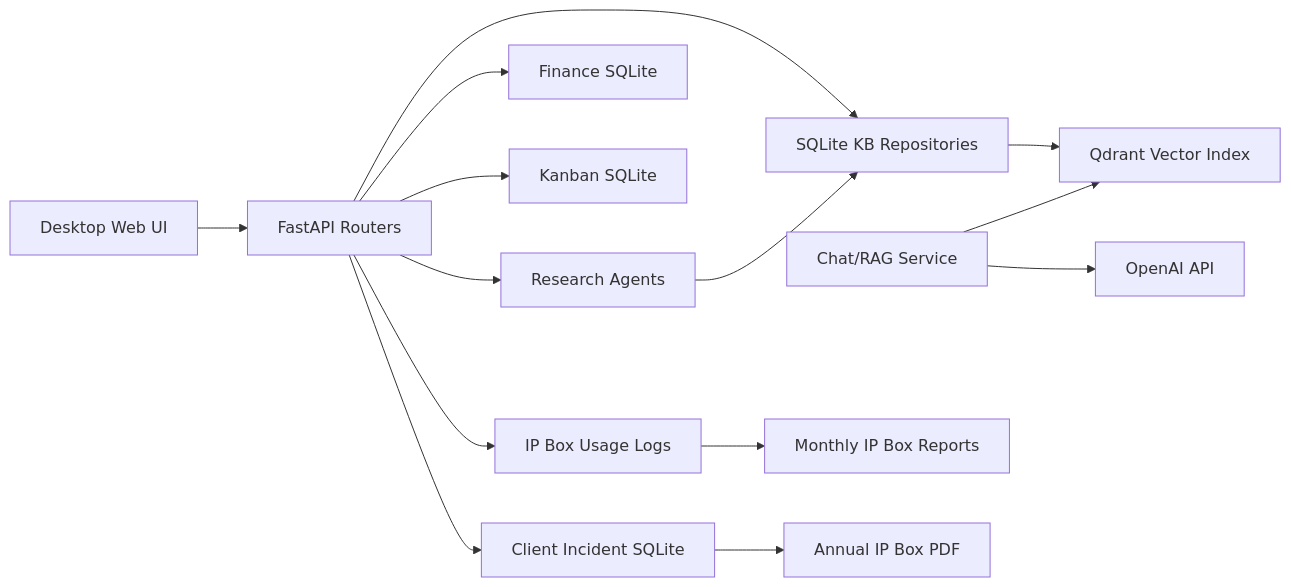
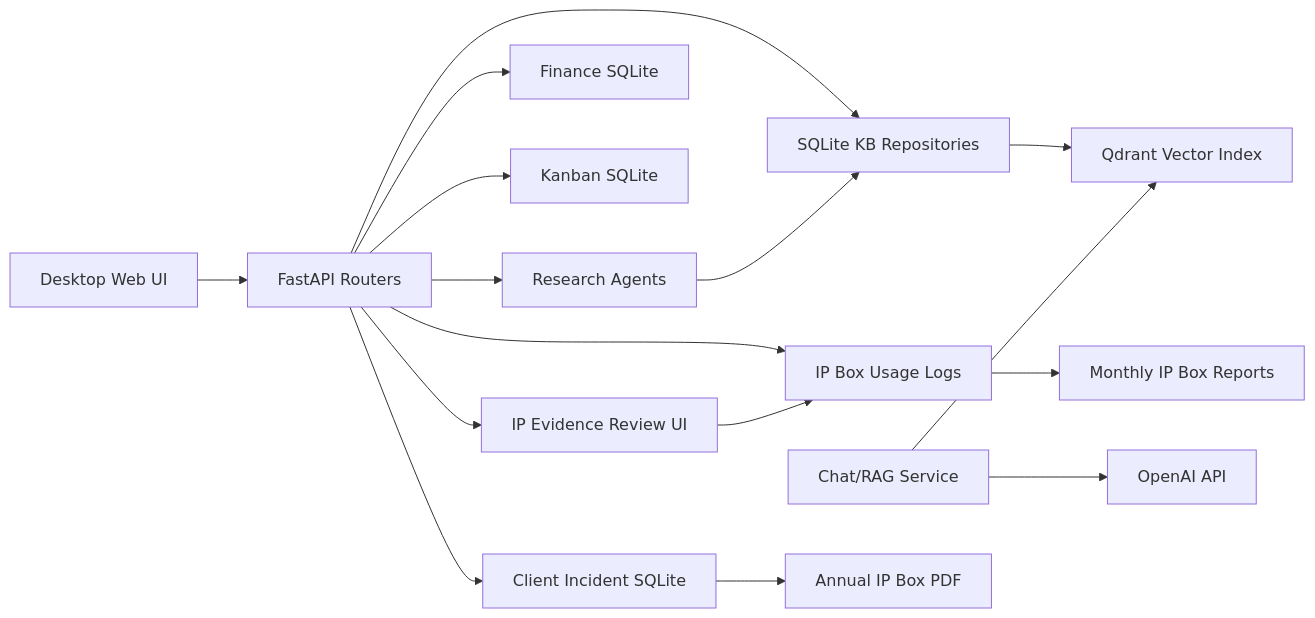
Before and after one commit to Andresvelascofdez/SapIsuAssistant: the diagram in docs/ip_box/03_technical_architecture/TECHNICAL_ARCHITECTURE.md, drawn with Mermaid. The commit also changed other lines of this file and 52 other files, not shown here.

````diff
--- a/docs/ip_box/03_technical_architecture/TECHNICAL_ARCHITECTURE.md
+++ b/docs/ip_box/03_technical_architecture/TECHNICAL_ARCHITECTURE.md
@@ -5,16 +5,18 @@
 ```mermaid
 flowchart LR
   UI[Desktop Web UI] --> Routers[FastAPI Routers]
   Routers --> KB[SQLite KB Repositories]
   Routers --> Incidents[Client Incident SQLite]
   Routers --> Finance[Finance SQLite]
   Routers --> Kanban[Kanban SQLite]
   Routers --> Research[Research Agents]
   Routers --> Usage[IP Box Usage Logs]
+  Routers --> UsageUI[IP Evidence Review UI]
   Research --> KB
   KB --> Qdrant[Qdrant Vector Index]
   Chat[Chat/RAG Service] --> Qdrant
   Chat --> OpenAI[OpenAI API]
+  UsageUI --> Usage
   Usage --> Reports[Monthly IP Box Reports]
   Incidents --> Dossier[Annual IP Box PDF]
 ```
````
